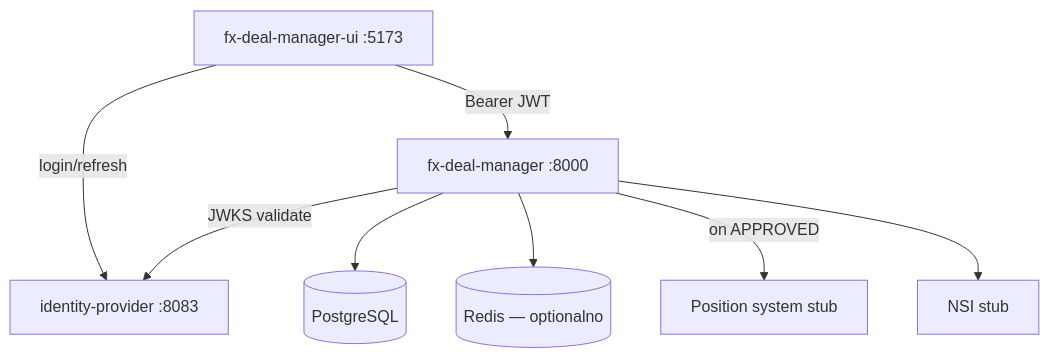
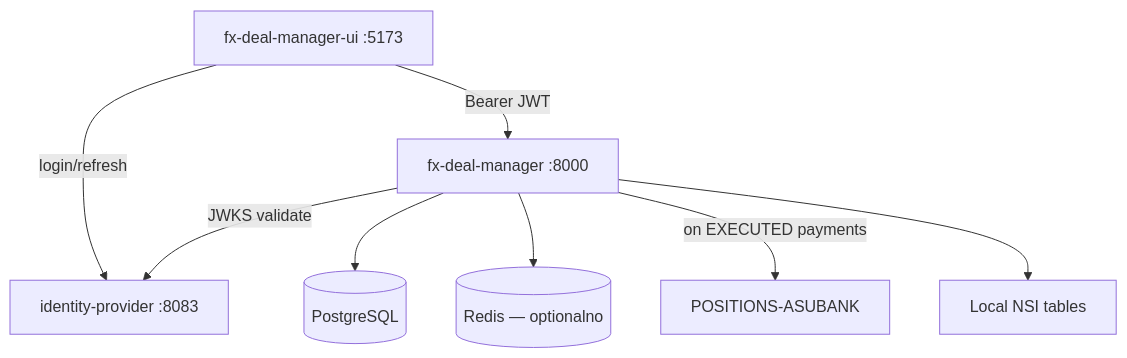
One commit to uniqelus/fx-deal-manager changed the second of 2 diagrams in PLAN.md. Above: the diagram before and after it, drawn with Mermaid. The commit also changed other lines of this file and 36 other files, not shown here.

````diff
--- a/PLAN.md
+++ b/PLAN.md
@@ -80,18 +80,18 @@
 ```mermaid
 flowchart TB
     UI["fx-deal-manager-ui :5173"]
     IdP["identity-provider :8083"]
     API["fx-deal-manager :8000"]
     PG[("PostgreSQL")]
     Redis[("Redis — optionalno")]
-    PosStub["Position system stub"]
-    NSIStub["NSI stub"]
+    Positions["POSITIONS-ASUBANK"]
+    NSI["Local NSI tables"]
 
     UI -->|"Bearer JWT"| API
     UI -->|"login/refresh"| IdP
     API -->|"JWKS validate"| IdP
     API --> PG
     API --> Redis
-    API -->|"on APPROVED"| PosStub
-    API --> NSIStub
+    API -->|"on EXECUTED payments"| Positions
+    API --> NSI
 ```
````
